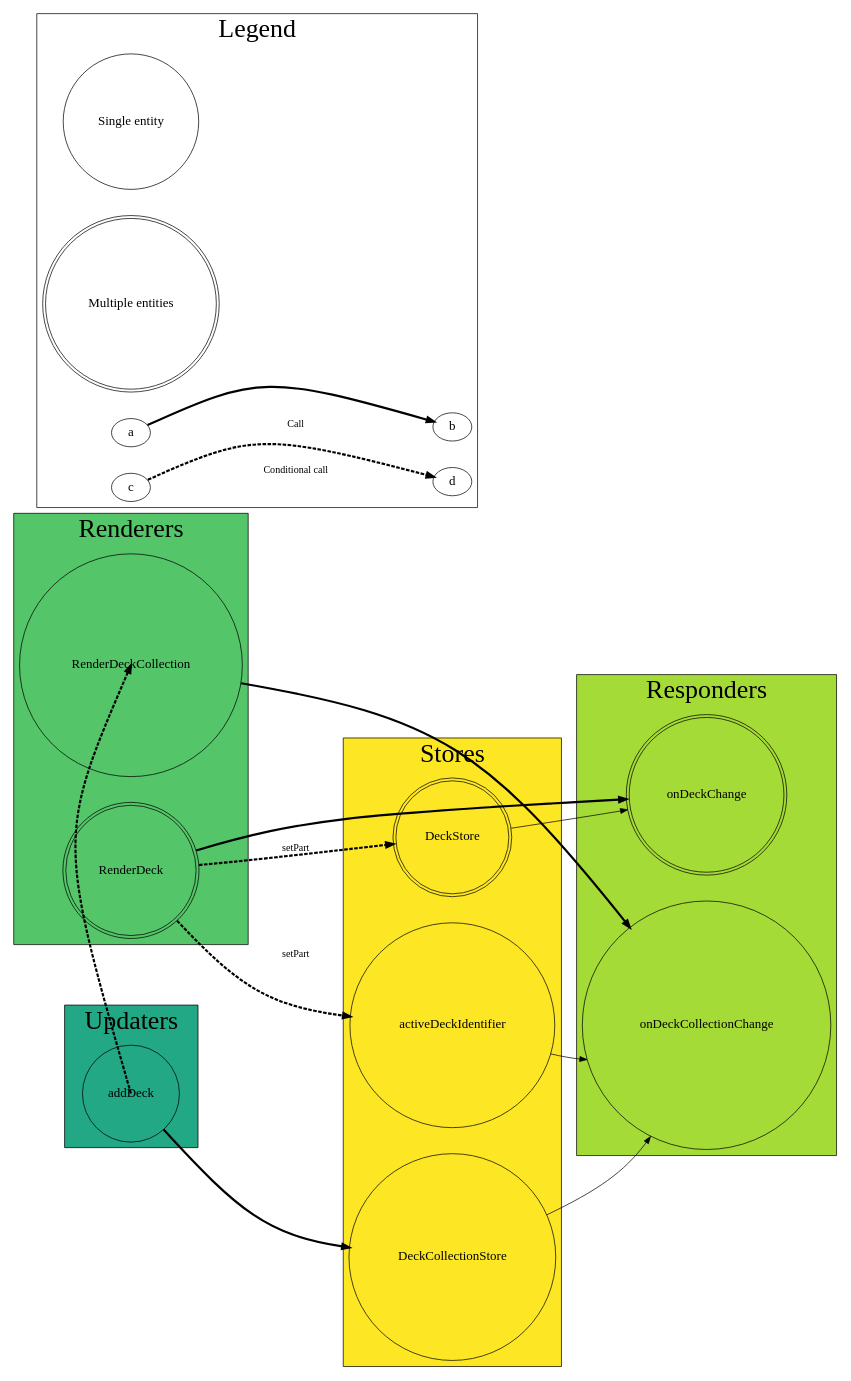
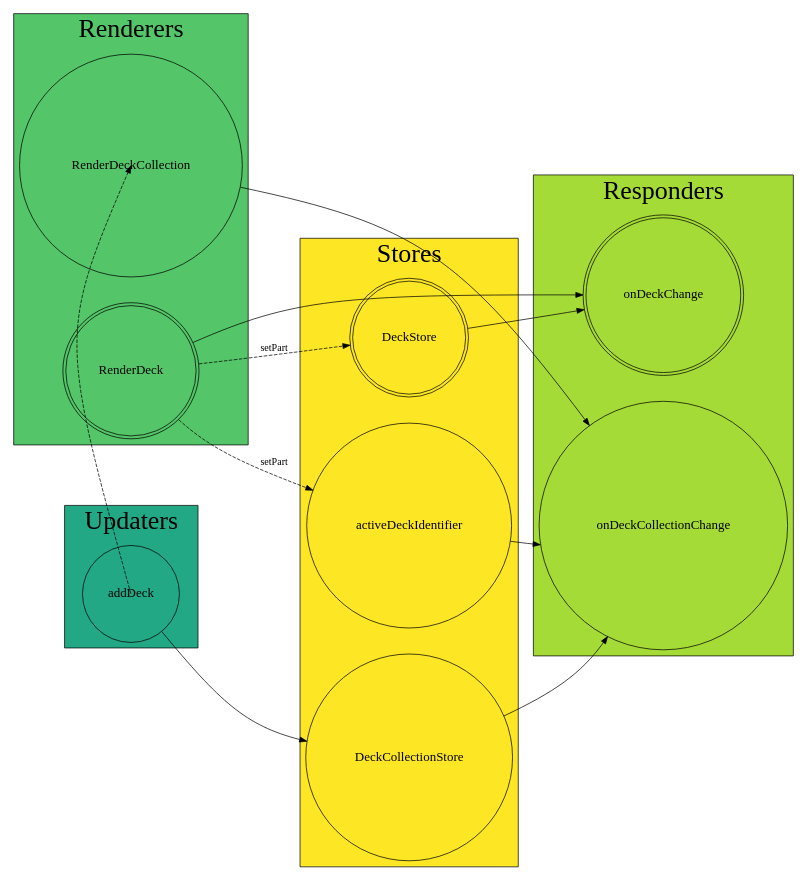
Before and after one commit to jimkang/cardfields: the diagram in meta/machines.dot, drawn with Graphviz. The commit also changed 1 other file, not shown here.

Commit message:
Hide legend; doesn't render well in circo.

```diff
--- a/meta/machines.dot
+++ b/meta/machines.dot
@@ -1,61 +1,61 @@
 digraph {
   rankdir="LR";
   graph [fontsize=36];
   node [fontsize=18];
   nodesep=0.5;
   mindist=10.0;
   mclimit=10.0;
   splines="curved";
 
   subgraph cluster_stores {
     label="Stores";
     bgcolor="#fde725";
     DeckCollectionStore [shape=circle];
     DeckStore [shape=doublecircle];
     activeDeckIdentifier [shape=circle];
   }
 
   subgraph cluster_responders {
     label="Responders";
     bgcolor="#a5db36";
 
     onDeckCollectionChange [shape=circle];
     onDeckChange [shape=doublecircle];
 
     DeckCollectionStore -> onDeckCollectionChange;
     activeDeckIdentifier -> onDeckCollectionChange;
     DeckStore -> onDeckChange;
   }
 
   subgraph cluster_renderers {
     label="Renderers";
     bgcolor="#54c568";
 
     RenderDeckCollection [shape=circle];
     RenderDeck [shape=doublecircle];
 
-    onDeckCollectionChange -> RenderDeckCollection [penwidth=3];
-    onDeckChange -> RenderDeck [penwidth=3];
+    onDeckCollectionChange -> RenderDeckCollection;
+    onDeckChange -> RenderDeck;
   }
 
   subgraph cluster_updaters {
     label="Updaters";
     bgcolor="#22a884";
 
     addDeck [shape=circle];
-    addDeck -> DeckCollectionStore [penwidth=3];
-    RenderDeckCollection -> addDeck [penwidth=3, style=dashed];
-    RenderDeck -> activeDeckIdentifier [penwidth=3, style=dashed, label="setPart"];
-    RenderDeck -> DeckStore [penwidth=3, style=dashed, label="setPart"];
+    addDeck -> DeckCollectionStore;
+    RenderDeckCollection -> addDeck [style=dashed];
+    RenderDeck -> activeDeckIdentifier [style=dashed, label="setPart"];
+    RenderDeck -> DeckStore [style=dashed, label="setPart"];
   }
 
-  subgraph cluster_legend {
-    label="Legend";
-
-    singleEntity [shape=circle, label="Single entity"];
-    multipleEntities [shape=doublecircle, label="Multiple entities"];
-
-    a -> b [penwidth=3, label="Call"];
-    c -> d [penwidth=3, style=dashed, label="Conditional call"];
-  }
+  //subgraph cluster_legend {
+    //label="Legend";
+//
+    //singleEntity [shape=circle, label="Single entity"];
+    //multipleEntities [shape=doublecircle, label="Multiple entities"];
+//
+    //a -> b [label="Call"];
+    //c -> d [style=dashed, label="Conditional call"];
+  //}
 }
```
